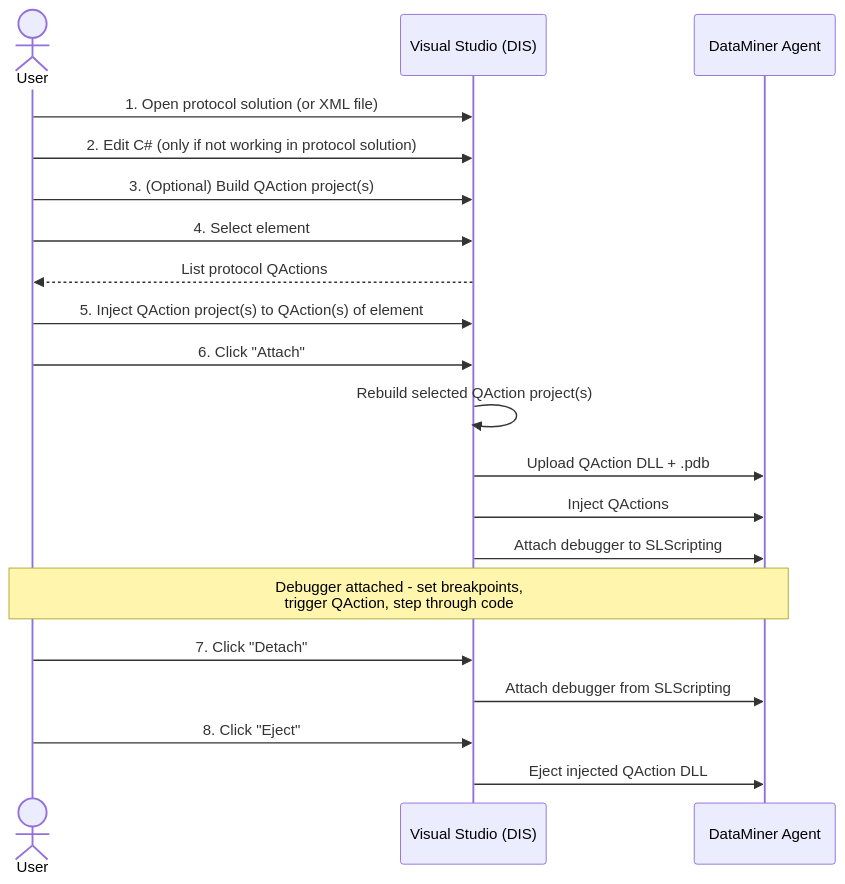
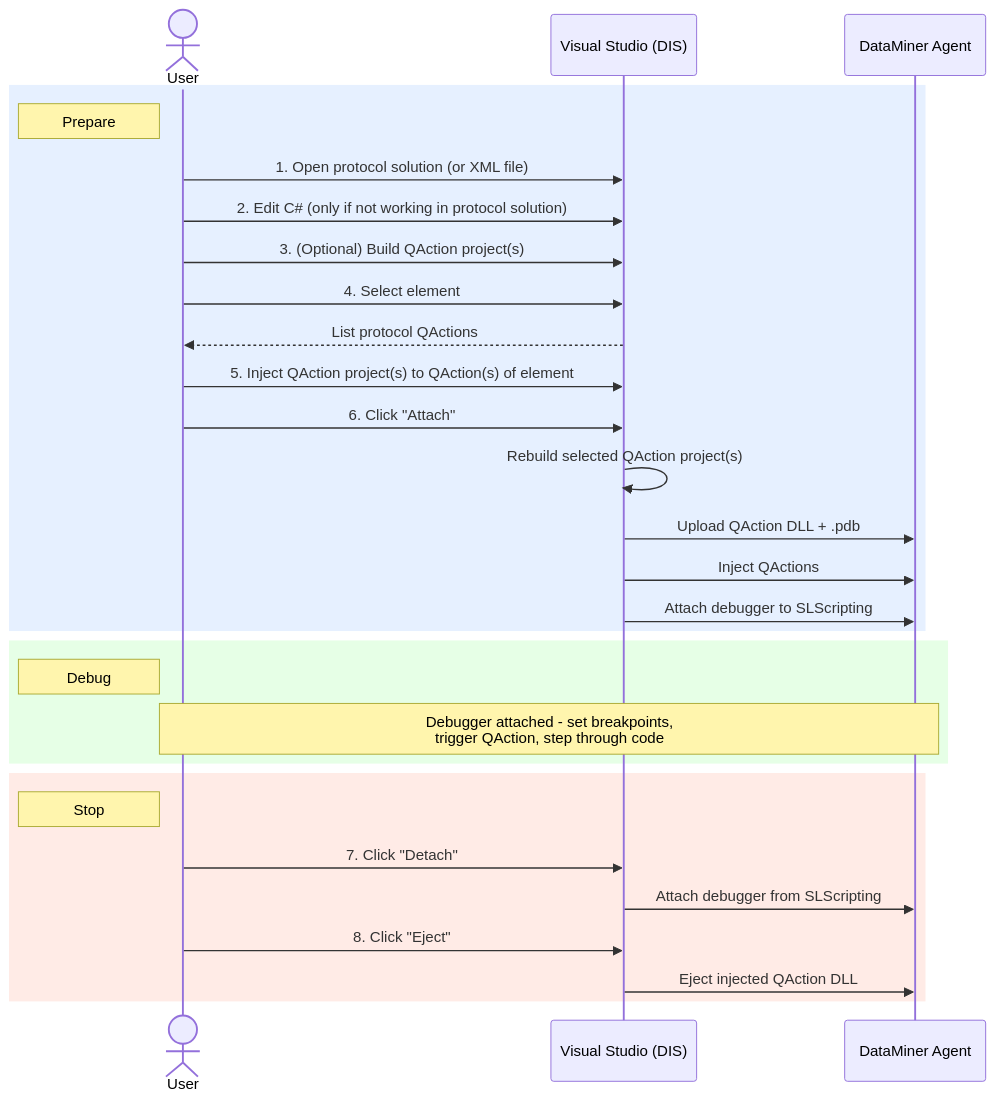
Before and after one commit to SkylineCommunications/dataminer-docs: the diagram in develop/TOOLS/DIS/Debugging/Concept_of_debugging_connectors_and_Automation_scripts.md, drawn with Mermaid. The commit also changed 1 other file, not shown here.

Commit message:
review updates

````diff
--- a/develop/TOOLS/DIS/Debugging/Concept_of_debugging_connectors_and_Automation_scripts.md
+++ b/develop/TOOLS/DIS/Debugging/Concept_of_debugging_connectors_and_Automation_scripts.md
@@ -18,23 +18,34 @@
 ```mermaid
 sequenceDiagram
     actor User
     participant VS as Visual Studio (DIS)
     participant Agent as DataMiner Agent
 
+    rect rgb(230, 240, 255)
+    Note left of User: Prepare
     User->>VS: 1. Open protocol solution (or XML file)
     User->>VS: 2. Edit C#35; (only if not working in protocol solution)
     User->>VS: 3. (Optional) Build QAction project(s)
     User->>VS: 4. Select element
     VS-->>User: List protocol QActions
     User->>VS: 5. Inject QAction project(s) to QAction(s) of element
     User->>VS: 6. Click "Attach"
     VS->>VS: Rebuild selected QAction project(s)
     VS->>Agent: Upload QAction DLL + .pdb
     VS->>Agent: Inject QActions
     VS->>Agent: Attach debugger to SLScripting
+    end
+
+    rect rgb(230, 255, 230)
+    Note left of User: Debug
     Note over User,Agent: Debugger attached - set breakpoints,<br/>trigger QAction, step through code
+    end
+
+    rect rgb(255, 235, 230)
+    Note left of User: Stop
     User->>VS: 7. Click "Detach"
     VS->>Agent: Attach debugger from SLScripting
     User->>VS: 8. Click "Eject"
     VS->>Agent: Eject injected QAction DLL
+    end
 ```
````
